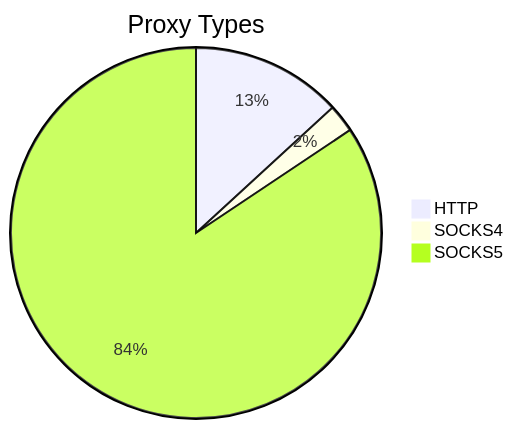
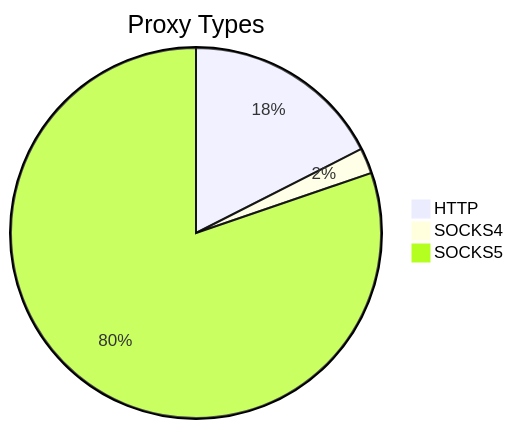
The first of 2 diagrams in README.md (stormsia/proxy-list), drawn with Mermaid before and after one commit. The commit also changed other lines of this file, not shown here.

````diff
--- a/README.md
+++ b/README.md
@@ -21,6 +21,6 @@
 ```mermaid
 pie title Proxy Types
-    "HTTP" : 183
-    "SOCKS4" : 34
-    "SOCKS5" : 1172
+    "HTTP" : 281
+    "SOCKS4" : 36
+    "SOCKS5" : 1288
 ```
````
